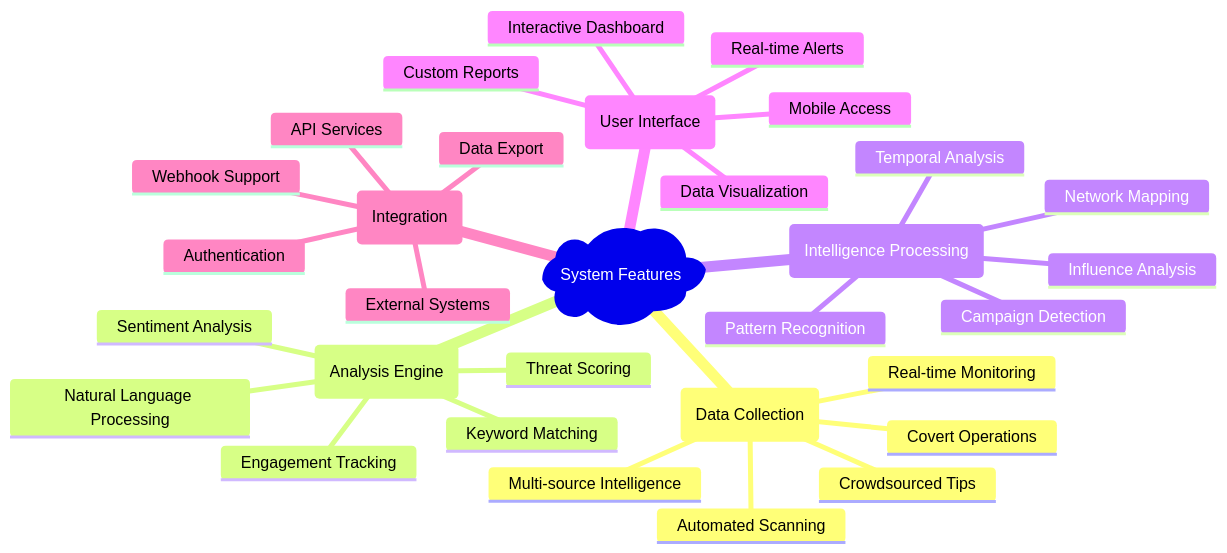
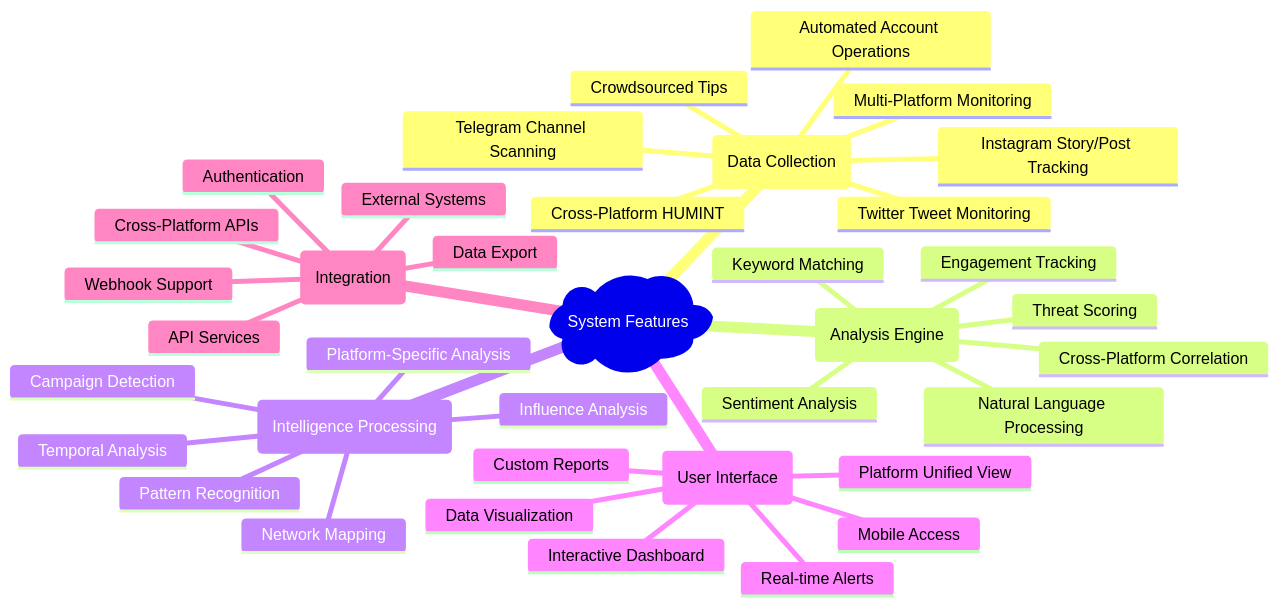
Before and after one commit to Divesh-Kshirsagar/Anti-India-Campaigns-Detector: the first of 11 diagrams in docs/features/overview.md, drawn with Mermaid. The commit also changed other lines of this file and 7 other files, not shown here.

````diff
--- a/docs/features/overview.md
+++ b/docs/features/overview.md
@@ -9,34 +9,40 @@
 ```mermaid
 mindmap
   root)System Features(
     (Data Collection)
-      Real-time Monitoring
-      Multi-source Intelligence
-      Automated Scanning
+      Multi-Platform Monitoring
+      Telegram Channel Scanning
+      Instagram Story/Post Tracking
+      Twitter Tweet Monitoring
+      Automated Account Operations
       Crowdsourced Tips
-      Covert Operations
+      Cross-Platform HUMINT
     (Analysis Engine)
       Natural Language Processing
       Sentiment Analysis
       Keyword Matching
       Engagement Tracking
       Threat Scoring
+      Cross-Platform Correlation
     (Intelligence Processing)
       Pattern Recognition
       Campaign Detection
       Influence Analysis
       Network Mapping
       Temporal Analysis
+      Platform-Specific Analysis
     (User Interface)
       Interactive Dashboard
       Real-time Alerts
       Custom Reports
       Data Visualization
       Mobile Access
+      Platform Unified View
     (Integration)
       API Services
       Webhook Support
       External Systems
       Authentication
       Data Export
+      Cross-Platform APIs
 ```
````
